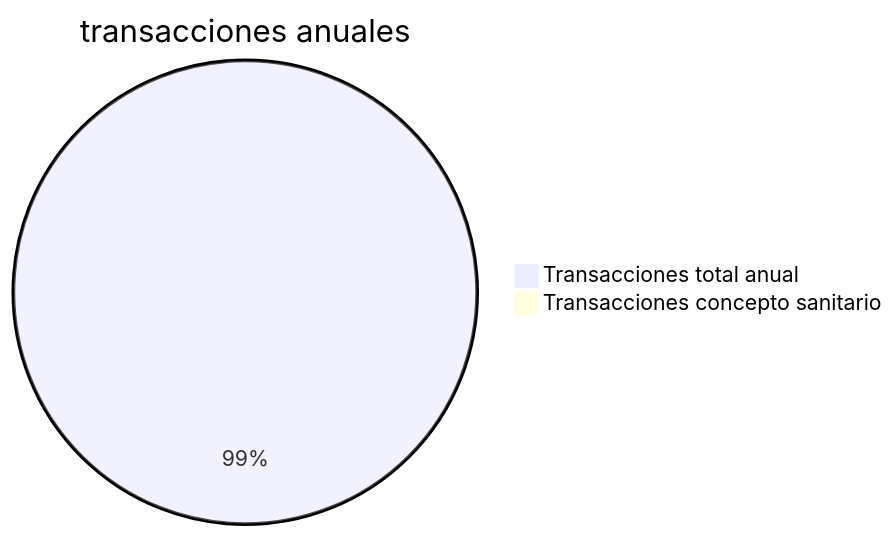
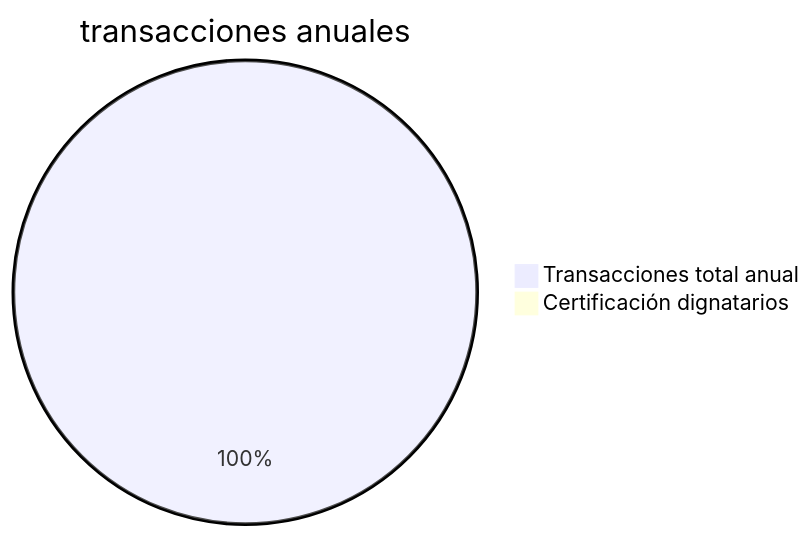
The diagram in src/site/notes/Alcaldía de Pereira/Trámites implementados/✍️Autoreconocimiento y certificación de dignatarios - Gfiles.md (pachitoxo/proyectos_nexura), drawn with Mermaid before and after one commit.

Commit message:
Update content src/site/notes/Alcaldía de Pereira/Trámites implementados/✍️Autoreconocimiento y certificación de dignatarios - Gfiles.md

````diff
--- a/src/site/notes/Alcaldía de Pereira/Trámites implementados/✍️Autoreconocimiento y certificación de dignatarios - Gfiles.md
+++ b/src/site/notes/Alcaldía de Pereira/Trámites implementados/✍️Autoreconocimiento y certificación de dignatarios - Gfiles.md
@@ -9,5 +9,5 @@
 ```mermaid
 pie title transacciones anuales
     "Transacciones total anual" : 45326
-    "Transacciones concepto sanitario" : 312
+    "Certificación dignatarios" : 58
 ```
````
